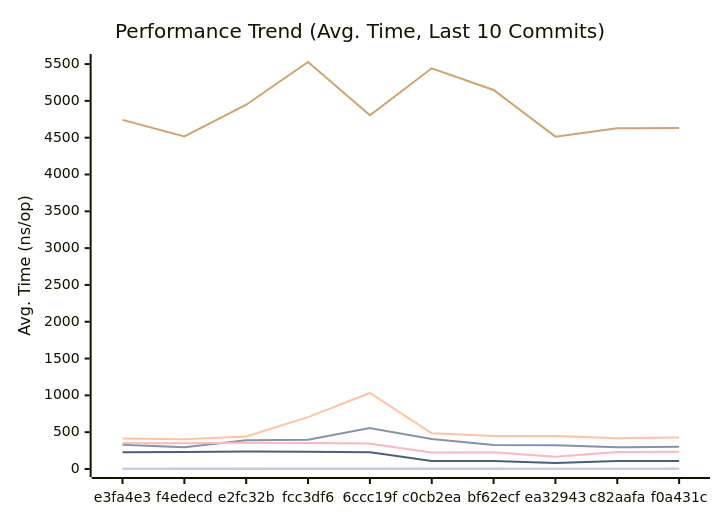
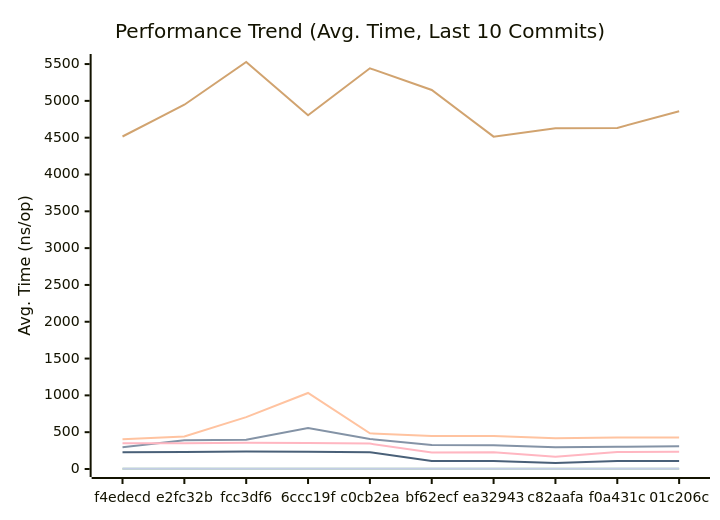
The first of 3 diagrams in docs/PERFORMANCE.md (alsotoes/momo), drawn with Mermaid before and after one commit. The commit also changed other lines of this file and 2 other files, not shown here.

````diff
--- a/docs/PERFORMANCE.md
+++ b/docs/PERFORMANCE.md
@@ -80,16 +80,16 @@
 ```mermaid
 xychart-beta
     title "Performance Trend (Avg. Time, Last 10 Commits)"
     x-axis "Commit"
     y-axis "Avg. Time (ns/op)"
-    x-axis [e3fa4e3,f4edecd,e2fc32b,fcc3df6,6ccc19f,c0cb2ea,bf62ecf,ea32943,c82aafa,f0a431c]
-    line "CheckMetricsAndSwap" [8,9,13,9,9,11,10,8,8,10]
-    line "CrushOptimized" [329,295,389,396,555,408,327,324,295,302]
-    line "CrushOriginal" [415,403,442,705,1033,485,449,449,419,429]
-    line "IndexDirectTracking" [0,0,0,0,0,1,0,0,0,0]
-    line "IndexSearch" [2,2,2,2,2,3,2,2,2,2]
-    line "LoadGlobalConfig" [4742,4516,4948,5528,4804,5443,5148,4514,4627,4633]
+    x-axis [f4edecd,e2fc32b,fcc3df6,6ccc19f,c0cb2ea,bf62ecf,ea32943,c82aafa,f0a431c,01c206c]
+    line "CheckMetricsAndSwap" [9,13,9,9,11,10,8,8,10,9]
+    line "CrushOptimized" [295,389,396,555,408,327,324,295,302,308]
+    line "CrushOriginal" [403,442,705,1033,485,449,449,419,429,427]
+    line "IndexDirectTracking" [0,0,0,0,1,0,0,0,0,0]
+    line "IndexSearch" [2,2,2,2,3,2,2,2,2,2]
+    line "LoadGlobalConfig" [4516,4948,5528,4804,5443,5148,4514,4627,4633,4860]
     line "PadString" [2,2,2,2,2,2,2,2,2,2]
     line "ParseReplicationOrder_NoPrealloc" [350,349,357,354,345,225,229,165,232,234]
     line "ParseReplicationOrder_Prealloc" [229,231,237,234,229,108,107,80,110,109]
 ```
````
